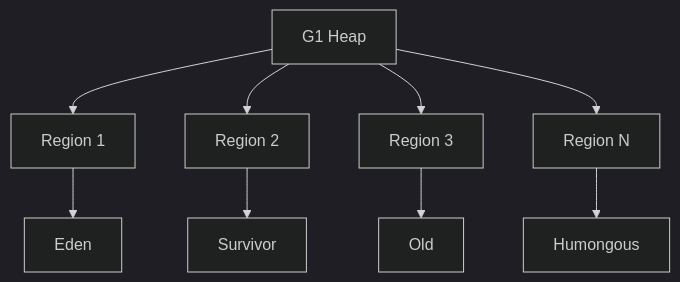
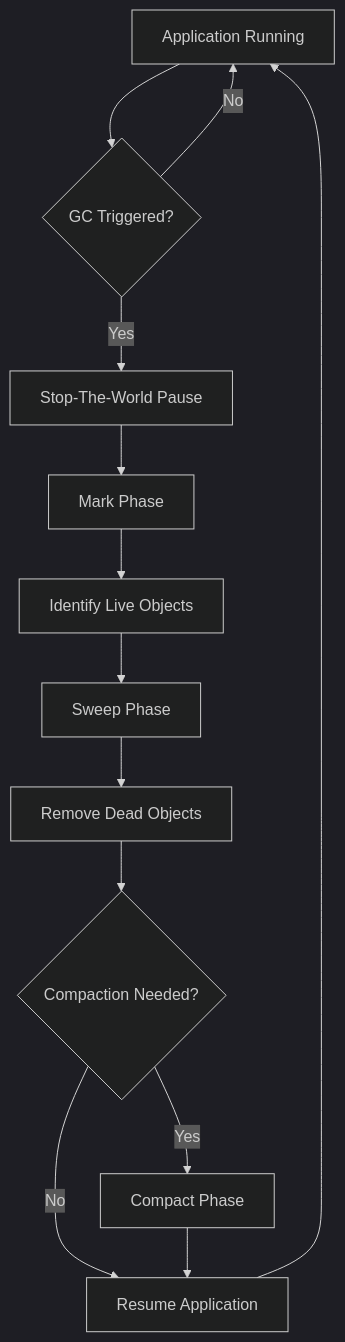
One commit to VrushankPatel/interview-matters changed the diagram in garbage-collection-algorithms/README.md. Above: the diagram before and after it, drawn with Mermaid (dark theme). The commit also changed other lines of this file and 5 other files, not shown here.

````diff
--- a/garbage-collection-algorithms/README.md
+++ b/garbage-collection-algorithms/README.md
@@ -79,12 +131,15 @@
 ```mermaid
 graph TD
-    A[G1 Heap] --> B[Region 1]
-    A --> C[Region 2]
-    A --> D[Region 3]
-    A --> E[Region N]
-    
-    B --> F[Eden]
-    C --> G[Survivor]
-    D --> H[Old]
-    E --> I[Humongous]
+    A[Application Running] --> B{GC Triggered?}
+    B -->|No| A
+    B -->|Yes| C[Stop-The-World Pause]
+    C --> D[Mark Phase]
+    D --> E[Identify Live Objects]
+    E --> F[Sweep Phase]
+    F --> G[Remove Dead Objects]
+    G --> H{Compaction Needed?}
+    H -->|Yes| I[Compact Phase]
+    H -->|No| J[Resume Application]
+    I --> J
+    J --> A
 ```
````
